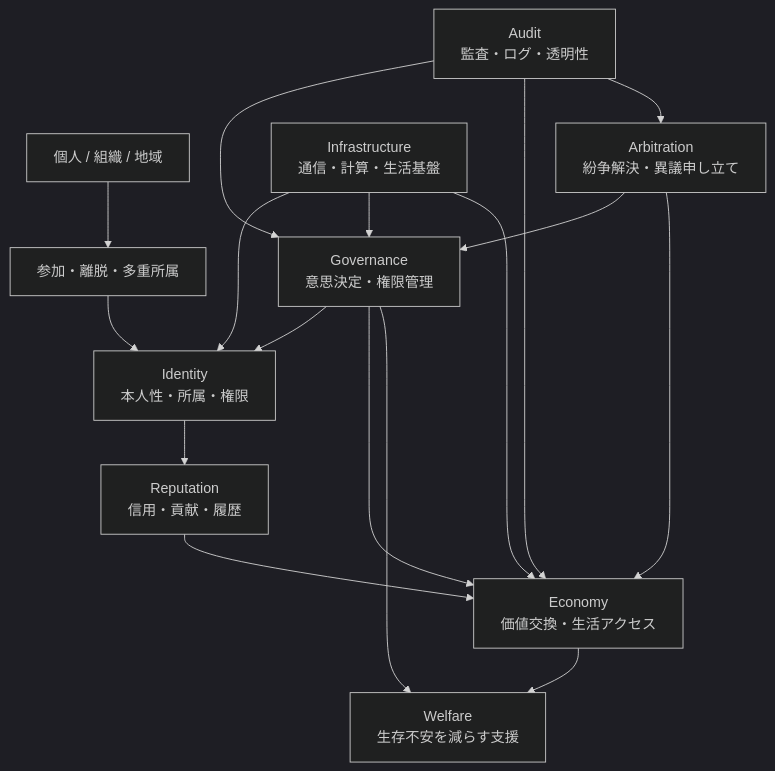
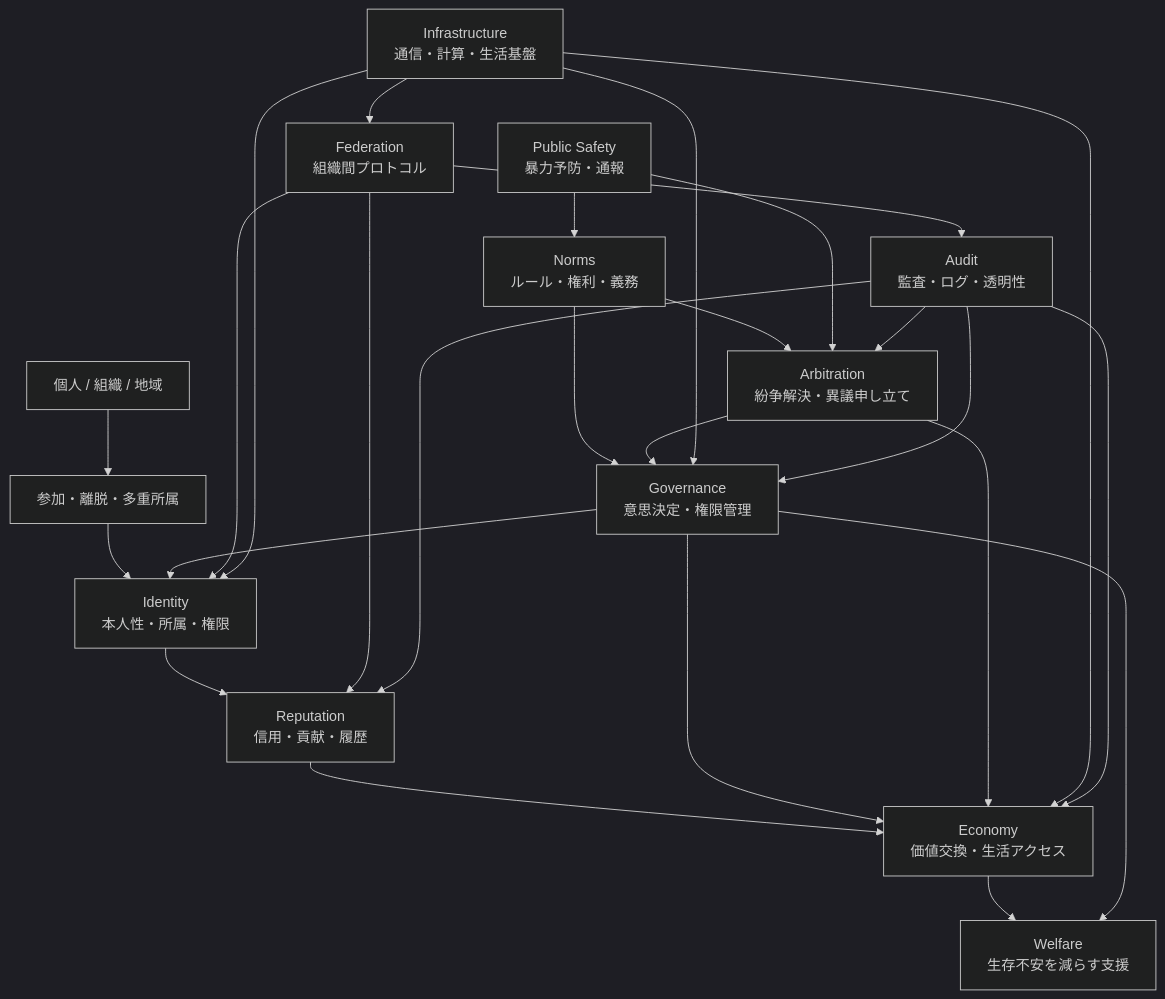
The diagram in assets/diagrams/01-cooperation-foundation-layers.md (acecore-systems/world-foundation), drawn with Mermaid (dark theme) before and after one commit. The commit also changed 45 other files, not shown here.

````diff
--- a/assets/diagrams/01-cooperation-foundation-layers.md
+++ b/assets/diagrams/01-cooperation-foundation-layers.md
@@ -5,30 +5,42 @@
 ```mermaid
 flowchart TB
   People["個人 / 組織 / 地域"]
   Interface["参加・離脱・多重所属"]
   Identity["Identity<br/>本人性・所属・権限"]
   Reputation["Reputation<br/>信用・貢献・履歴"]
   Economy["Economy<br/>価値交換・生活アクセス"]
   Welfare["Welfare<br/>生存不安を減らす支援"]
   Governance["Governance<br/>意思決定・権限管理"]
   Arbitration["Arbitration<br/>紛争解決・異議申し立て"]
   Infrastructure["Infrastructure<br/>通信・計算・生活基盤"]
   Audit["Audit<br/>監査・ログ・透明性"]
+  Norms["Norms<br/>ルール・権利・義務"]
+  PublicSafety["Public Safety<br/>暴力予防・通報"]
+  Federation["Federation<br/>組織間プロトコル"]
 
   People --> Interface
   Interface --> Identity
   Identity --> Reputation
   Reputation --> Economy
   Economy --> Welfare
   Governance --> Identity
   Governance --> Economy
   Governance --> Welfare
+  Norms --> Governance
+  Norms --> Arbitration
   Arbitration --> Governance
   Arbitration --> Economy
+  PublicSafety --> Arbitration
+  PublicSafety --> Norms
+  Federation --> Identity
+  Federation --> Reputation
+  Federation --> Audit
   Infrastructure --> Identity
   Infrastructure --> Governance
   Infrastructure --> Economy
+  Infrastructure --> Federation
   Audit --> Governance
   Audit --> Economy
   Audit --> Arbitration
+  Audit --> Reputation
 ```
````
